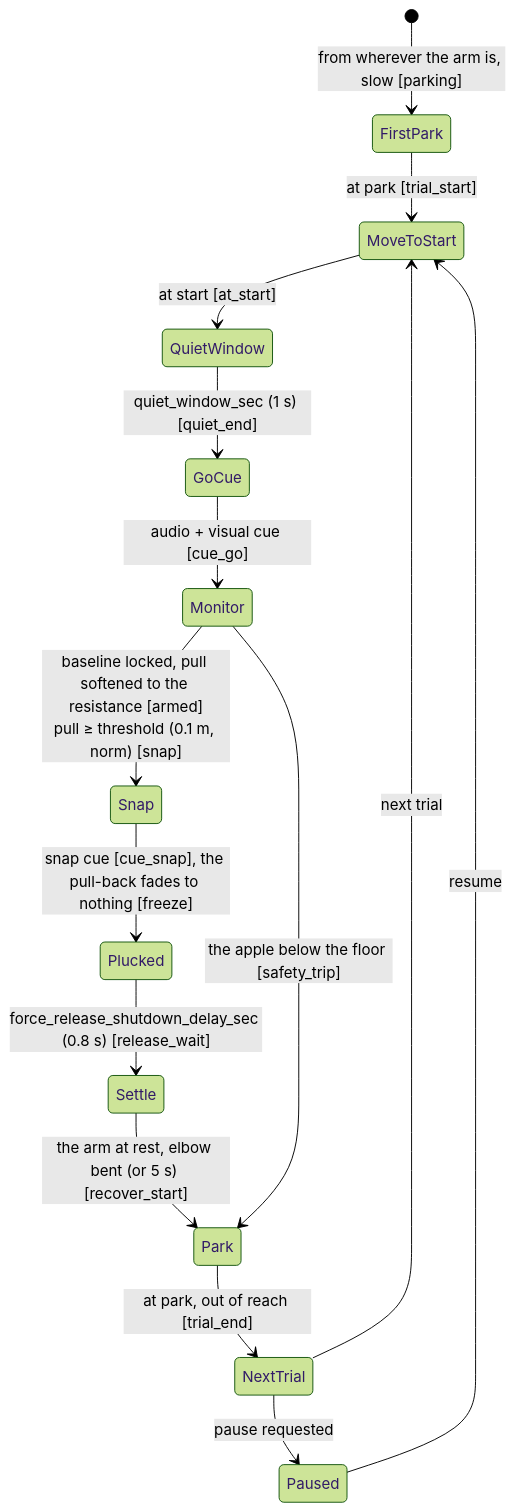
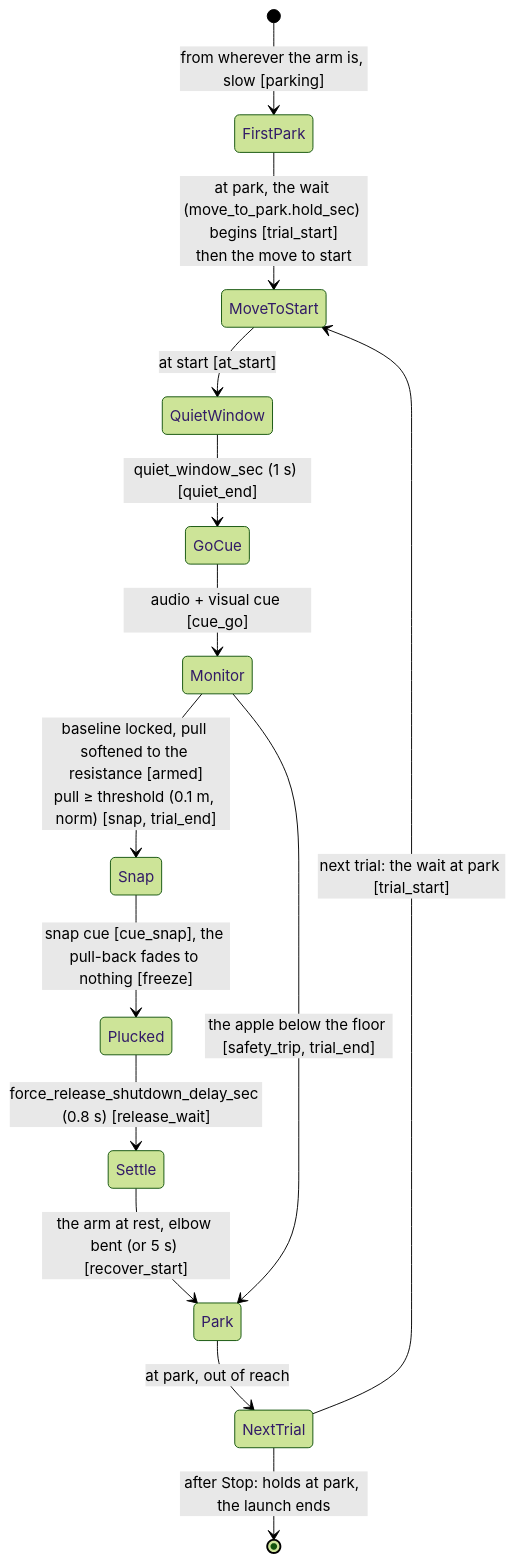
The fourth of 9 diagrams in README.md (sinthlab/sinthlab-kuka-stack), drawn with Mermaid (forest theme) before and after one commit. The commit also changed other lines of this file and 20 other files, not shown here.

Commit message:
change nsp sync trial start end

````diff
--- a/README.md
+++ b/README.md
@@ -1919,17 +1908,16 @@
 ```mermaid
 stateDiagram-v2
     [*] --> FirstPark : from wherever the arm is, slow [parking]
-    FirstPark --> MoveToStart : at park [trial_start]
+    FirstPark --> MoveToStart : at park, the wait (move_to_park.hold_sec) begins [trial_start]<br/>then the move to start
     MoveToStart --> QuietWindow : at start [at_start]
     QuietWindow --> GoCue : quiet_window_sec (1 s) [quiet_end]
     GoCue --> Monitor : audio + visual cue [cue_go]
-    Monitor --> Snap : baseline locked, pull softened to the resistance [armed]<br/>pull ≥ threshold (0.1 m, norm) [snap]
+    Monitor --> Snap : baseline locked, pull softened to the resistance [armed]<br/>pull ≥ threshold (0.1 m, norm) [snap, trial_end]
     Snap --> Plucked : snap cue [cue_snap], the pull-back fades to nothing [freeze]
     Plucked --> Settle : force_release_shutdown_delay_sec (0.8 s) [release_wait]
     Settle --> Park : the arm at rest, elbow bent (or 5 s) [recover_start]
-    Monitor --> Park : the apple below the floor [safety_trip]
-    Park --> NextTrial : at park, out of reach [trial_end]
-    NextTrial --> MoveToStart : next trial
-    NextTrial --> Paused : pause requested
-    Paused --> MoveToStart : resume
+    Monitor --> Park : the apple below the floor [safety_trip, trial_end]
+    Park --> NextTrial : at park, out of reach
+    NextTrial --> MoveToStart : next trial: the wait at park [trial_start]
+    NextTrial --> [*] : after Stop: holds at park, the launch ends
 ```
````
